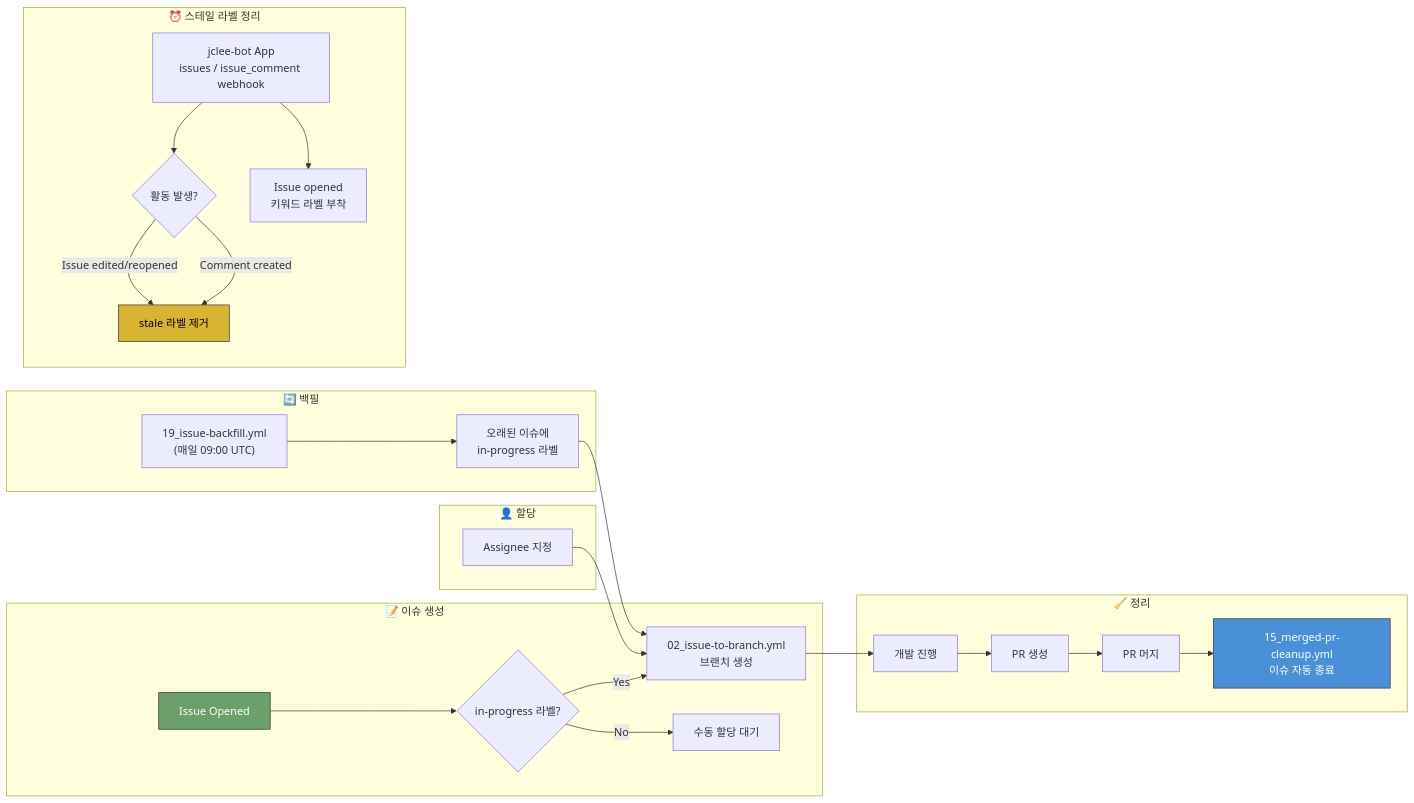
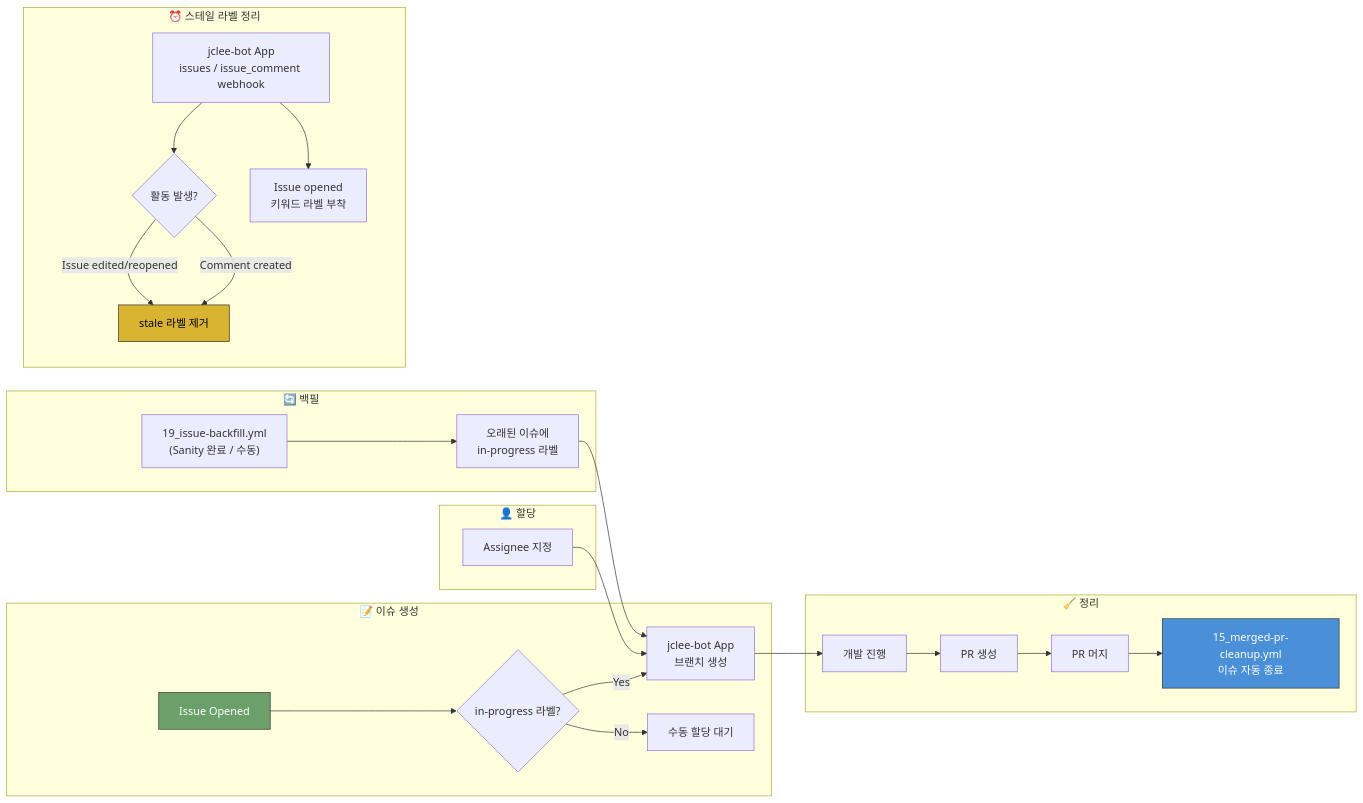
The fourth of 10 diagrams in docs/architecture.md (jclee941/.github), drawn with Mermaid before and after one commit. The commit also changed other lines of this file and 1 other file, not shown here.

Commit message:
docs(app): remove stale issue branch workflow references

````diff
--- a/docs/architecture.md
+++ b/docs/architecture.md
@@ -171,35 +171,35 @@
 ```mermaid
 flowchart LR
     subgraph 생성["📝 이슈 생성"]
         A["Issue Opened"] --> B{"in-progress 라벨?"}
-        B -->|Yes| C["02_issue-to-branch.yml<br/>브랜치 생성"]
+        B -->|Yes| C["jclee-bot App<br/>브랜치 생성"]
         B -->|No| D["수동 할당 대기"]
     end
     
     subgraph 할당["👤 할당"]
         E["Assignee 지정"] --> C
     end
     
     subgraph 백필["🔄 백필"]
-        F["19_issue-backfill.yml<br/>(매일 09:00 UTC)"] --> G["오래된 이슈에<br/>in-progress 라벨"]
+        F["19_issue-backfill.yml<br/>(Sanity 완료 / 수동)"] --> G["오래된 이슈에<br/>in-progress 라벨"]
         G --> C
     end
     
     subgraph 정리["🧹 정리"]
         C --> H["개발 진행"]
         H --> I["PR 생성"]
         I --> J["PR 머지"]
         J --> K["15_merged-pr-cleanup.yml<br/>이슈 자동 종료"]
     end
     
     subgraph 스테일["⏰ 스테일 라벨 정리"]
         L["jclee-bot App<br/>issues / issue_comment webhook"] --> M{"활동 발생?"}
         M -->|Issue edited/reopened| Q["stale 라벨 제거"]
         M -->|Comment created| Q
         L --> N["Issue opened<br/>키워드 라벨 부착"]
     end
     
     style A fill:#6ba06a,stroke:#333,color:#fff
     style K fill:#4a90d9,stroke:#333,color:#fff
     style Q fill:#d9b430,stroke:#333,color:#000
 ```
````
